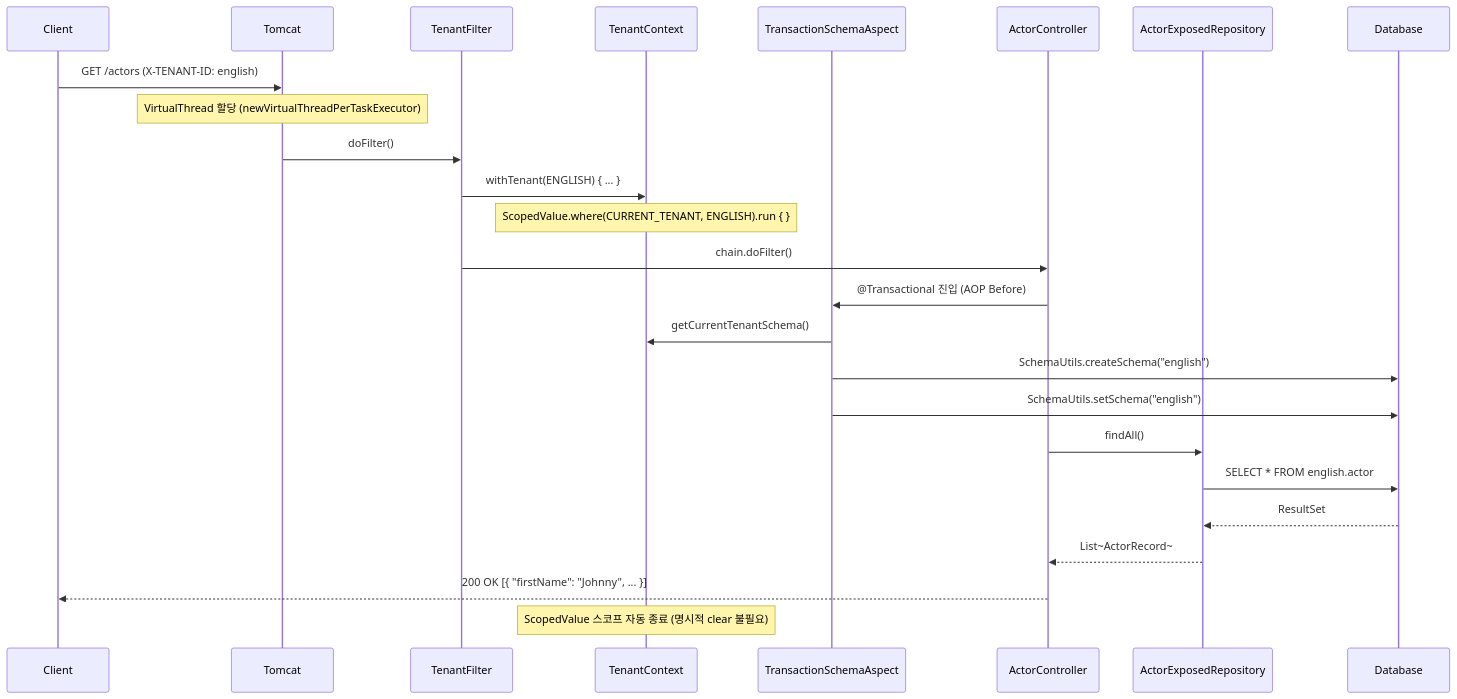
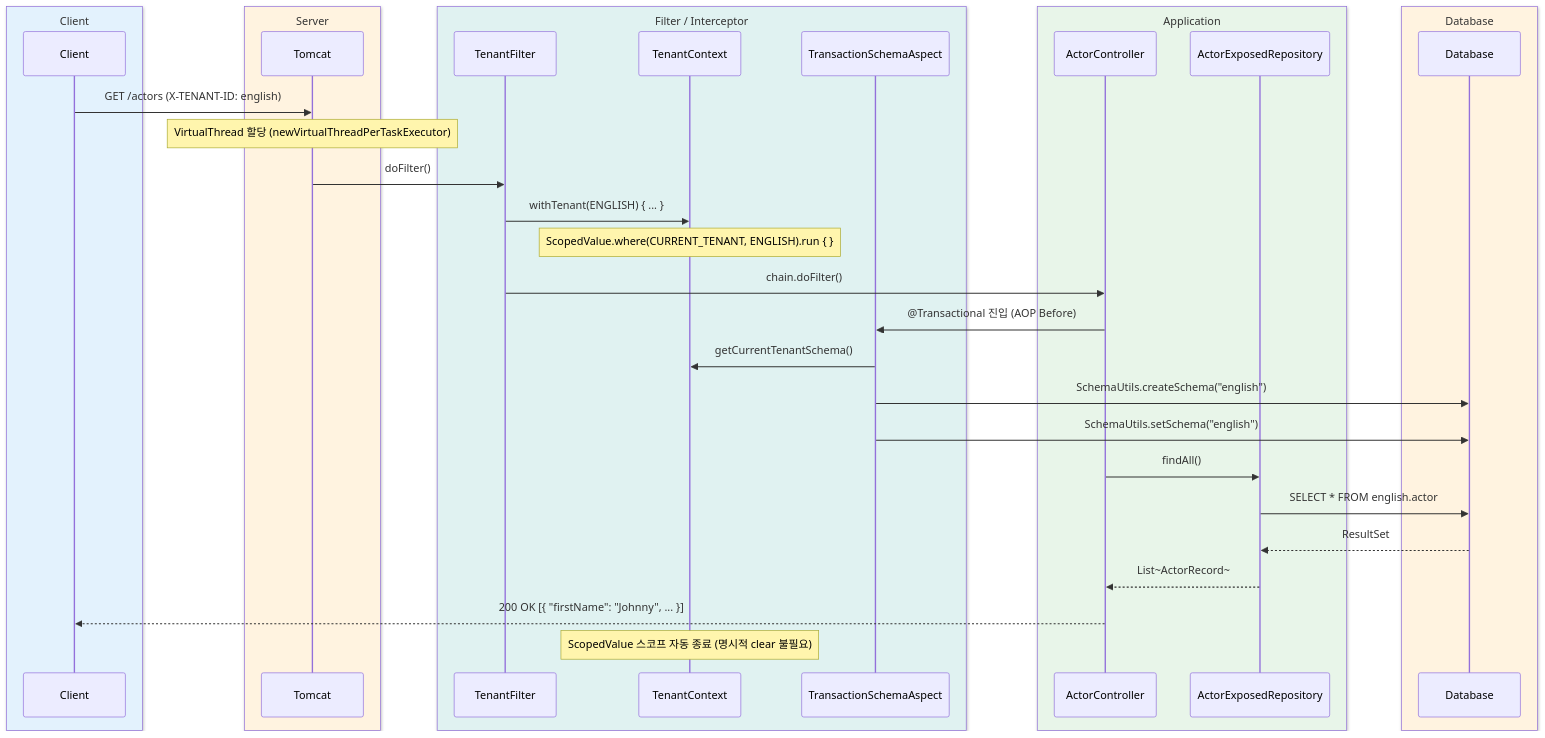
One commit to bluetape4k/exposed-workshop changed the fourth of 4 diagrams in 10-multi-tenant/02-multitenant-spring-web-virtualthread/README.ko.md. Above: the diagram before and after it, drawn with Mermaid. The commit also changed 43 other files, not shown here.

First line of the commit message:
docs: sequence diagram에 box rgb() 파스텔 영역 적용

````diff
--- a/10-multi-tenant/02-multitenant-spring-web-virtualthread/README.ko.md
+++ b/10-multi-tenant/02-multitenant-spring-web-virtualthread/README.ko.md
@@ -178,33 +178,43 @@
 ```mermaid
-%%{init: {"theme": "neutral", "themeVariables": {"fontFamily": "'Comic Mono', 'goorm sans code', 'JetBrains Mono', 'goorm sans'", "actorBkg": "#E3F2FD", "actorBorder": "#90CAF9", "actorTextColor": "#1565C0", "actorLineColor": "#90CAF9", "activationBkgColor": "#E8F5E9", "activationBorderColor": "#A5D6A7", "labelBoxBkgColor": "#FFF3E0", "labelBoxBorderColor": "#FFCC80", "labelTextColor": "#E65100", "loopTextColor": "#6A1B9A", "noteBkgColor": "#F3E5F5", "noteBorderColor": "#CE93D8", "noteTextColor": "#6A1B9A", "signalColor": "#1565C0", "signalTextColor": "#1565C0"}}}%%
+%%{init: {"theme": "neutral", "themeVariables": {"fontFamily": "'Comic Mono', 'goorm sans code', 'JetBrains Mono', 'goorm sans'"}}}%%
 sequenceDiagram
-    participant Client
-    participant Tomcat
-    participant TenantFilter
-    participant TenantContext
-    participant TransactionSchemaAspect
-    participant ActorController
-    participant ActorExposedRepository
-    participant Database
+    box rgb(227, 242, 253) Client
+        participant Client
+    end
+    box rgb(255, 243, 224) Server
+        participant Tomcat
+    end
+    box rgb(224, 242, 241) Filter / Interceptor
+        participant TenantFilter
+        participant TenantContext
+        participant TransactionSchemaAspect
+    end
+    box rgb(232, 245, 233) Application
+        participant ActorController
+        participant ActorExposedRepository
+    end
+    box rgb(255, 243, 224) Database
+        participant Database
+    end
 
     Client->>Tomcat: GET /actors (X-TENANT-ID: english)
     Note over Tomcat: VirtualThread 할당 (newVirtualThreadPerTaskExecutor)
 
     Tomcat->>TenantFilter: doFilter()
     TenantFilter->>TenantContext: withTenant(ENGLISH) { ... }
     Note over TenantContext: ScopedValue.where(CURRENT_TENANT, ENGLISH).run { }
 
     TenantFilter->>ActorController: chain.doFilter()
     ActorController->>TransactionSchemaAspect: @Transactional 진입 (AOP Before)
     TransactionSchemaAspect->>TenantContext: getCurrentTenantSchema()
     TransactionSchemaAspect->>Database: SchemaUtils.createSchema("english")
     TransactionSchemaAspect->>Database: SchemaUtils.setSchema("english")
 
     ActorController->>ActorExposedRepository: findAll()
     ActorExposedRepository->>Database: SELECT * FROM english.actor
     Database-->>ActorExposedRepository: ResultSet
     ActorExposedRepository-->>ActorController: List~ActorRecord~
     ActorController-->>Client: 200 OK [{ "firstName": "Johnny", ... }]
 
     Note over TenantContext: ScopedValue 스코프 자동 종료 (명시적 clear 불필요)
 ```
````
